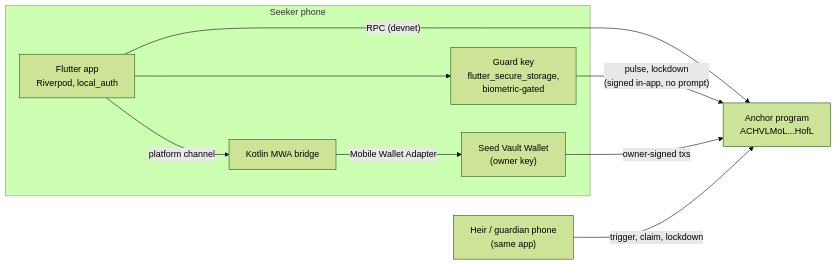
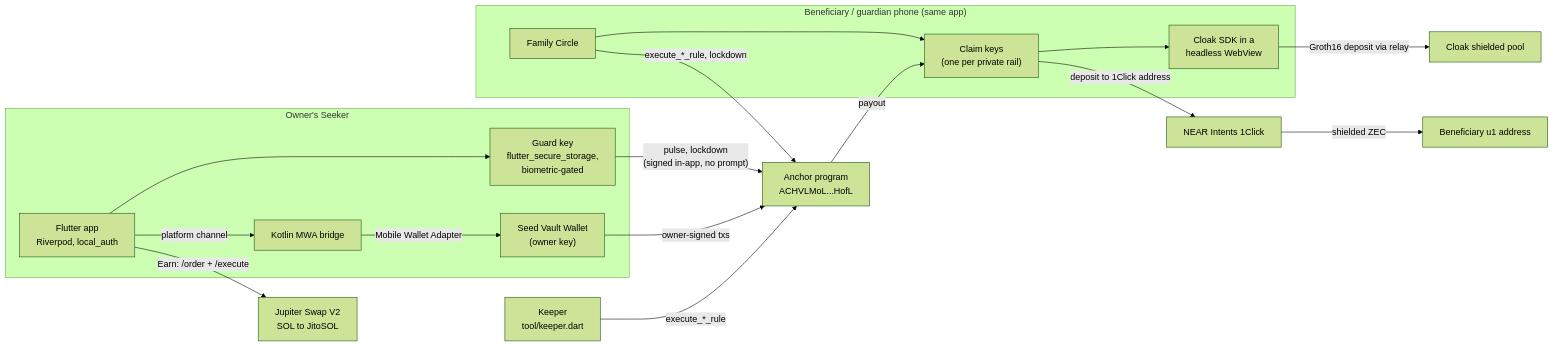
The diagram in docs/ARCHITECTURE.md (GabrielNeugebauer/deadman), drawn with Mermaid (forest theme) before and after one commit. The commit also changed other lines of this file and 66 other files, not shown here.

````diff
--- a/docs/ARCHITECTURE.md
+++ b/docs/ARCHITECTURE.md
@@ -7,16 +7,29 @@
 ```mermaid
 flowchart LR
-    subgraph Seeker["Seeker phone"]
+    subgraph Owner["Owner's Seeker"]
         App["Flutter app<br/>Riverpod, local_auth"]
         Guard["Guard key<br/>flutter_secure_storage,<br/>biometric-gated"]
         Bridge["Kotlin MWA bridge"]
         SVW["Seed Vault Wallet<br/>(owner key)"]
         App --> Guard
         App -- "platform channel" --> Bridge
         Bridge -- "Mobile Wallet Adapter" --> SVW
     end
-    App -- "RPC (devnet)" --> Program["Anchor program<br/>ACHVLMoL...HofL"]
+    subgraph Ben["Beneficiary / guardian phone (same app)"]
+        BApp["Family Circle"]
+        Claim["Claim keys<br/>(one per private rail)"]
+        Cloak["Cloak SDK in a<br/>headless WebView"]
+        BApp --> Claim
+        Claim --> Cloak
+    end
+    Program["Anchor program<br/>ACHVLMoL...HofL"]
+    Keeper["Keeper<br/>tool/keeper.dart"]
     Guard -- "pulse, lockdown<br/>(signed in-app, no prompt)" --> Program
     SVW -- "owner-signed txs" --> Program
-    Heir["Heir / guardian phone<br/>(same app)"] -- "trigger, claim, lockdown" --> Program
+    App -- "Earn: /order + /execute" --> Jup["Jupiter Swap V2<br/>SOL to JitoSOL"]
+    Keeper -- "execute_*_rule" --> Program
+    BApp -- "execute_*_rule, lockdown" --> Program
+    Program -- "payout" --> Claim
+    Claim -- "deposit to 1Click address" --> OneClick["NEAR Intents 1Click"] -- "shielded ZEC" --> U1["Beneficiary u1 address"]
+    Cloak -- "Groth16 deposit via relay" --> Pool["Cloak shielded pool"]
 ```
````
